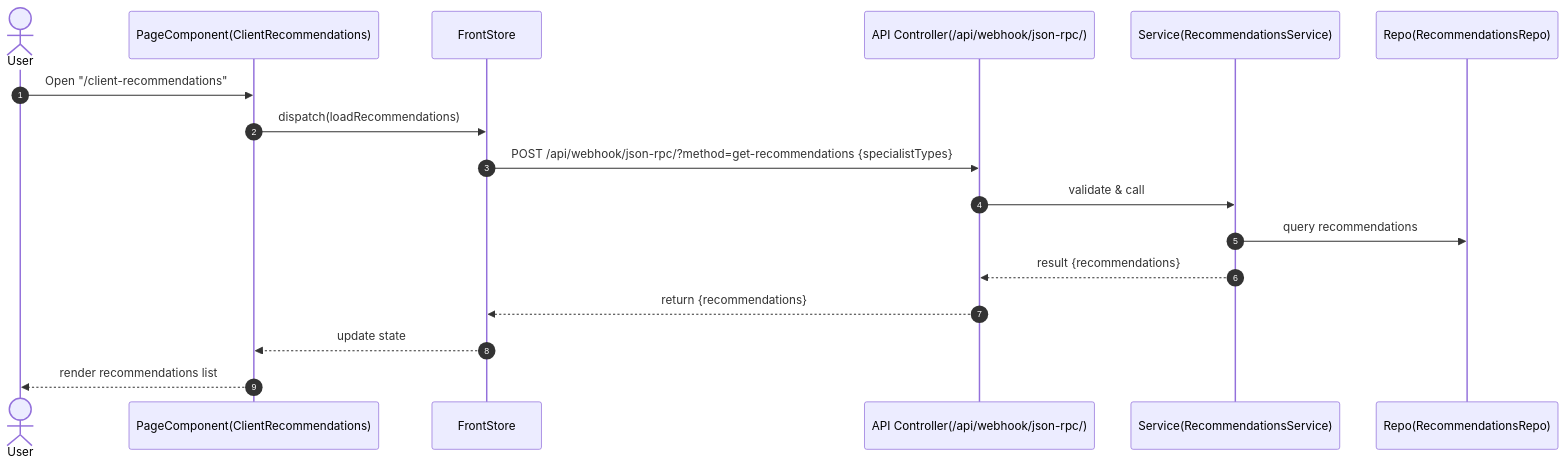
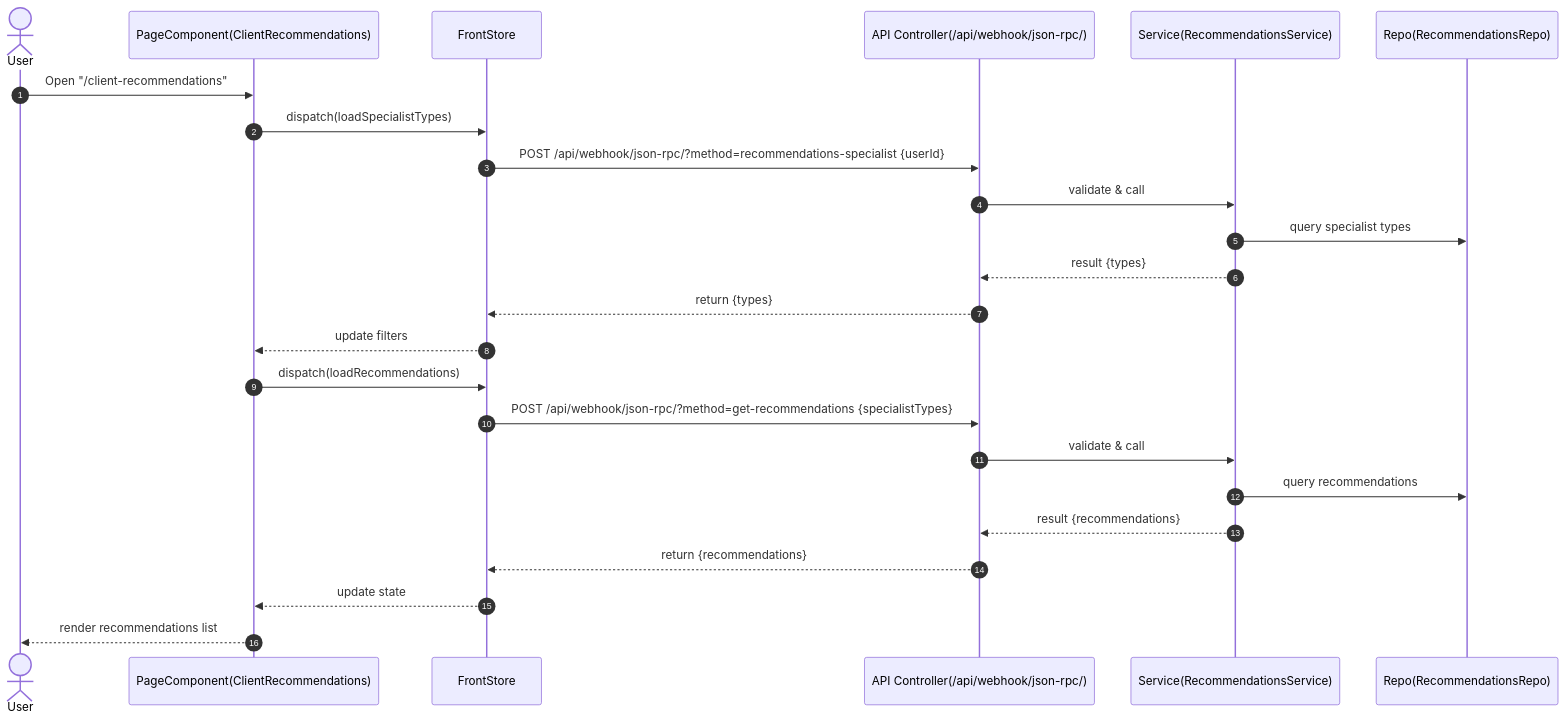
One commit to borzoyuniverse/ai-prosto-i-zdorovo changed the fifth of 8 diagrams in docs/UX_MAP.md. Above: the diagram before and after it, drawn with Mermaid. The commit also changed other lines of this file and 12 other files, not shown here.

Commit message:
FP001: implement json-rpc and tests-green artifacts

````diff
--- a/docs/UX_MAP.md
+++ b/docs/UX_MAP.md
@@ -188,20 +197,27 @@
 ```mermaid
 sequenceDiagram
   autonumber
   actor U as User
   participant P as PageComponent(ClientRecommendations)
   participant S as FrontStore
   participant C as API Controller(/api/webhook/json-rpc/)
   participant SV as Service(RecommendationsService)
   participant R as Repo(RecommendationsRepo)
 
   U->>P: Open "/client-recommendations"
+  P->>S: dispatch(loadSpecialistTypes)
+  S->>C: POST /api/webhook/json-rpc/?method=recommendations-specialist {userId}
+  C->>SV: validate & call
+  SV->>R: query specialist types
+  SV-->>C: result {types}
+  C-->>S: return {types}
+  S-->>P: update filters
   P->>S: dispatch(loadRecommendations)
   S->>C: POST /api/webhook/json-rpc/?method=get-recommendations {specialistTypes}
   C->>SV: validate & call
   SV->>R: query recommendations
   SV-->>C: result {recommendations}
   C-->>S: return {recommendations}
   S-->>P: update state
   P-->>U: render recommendations list
 ```
````
